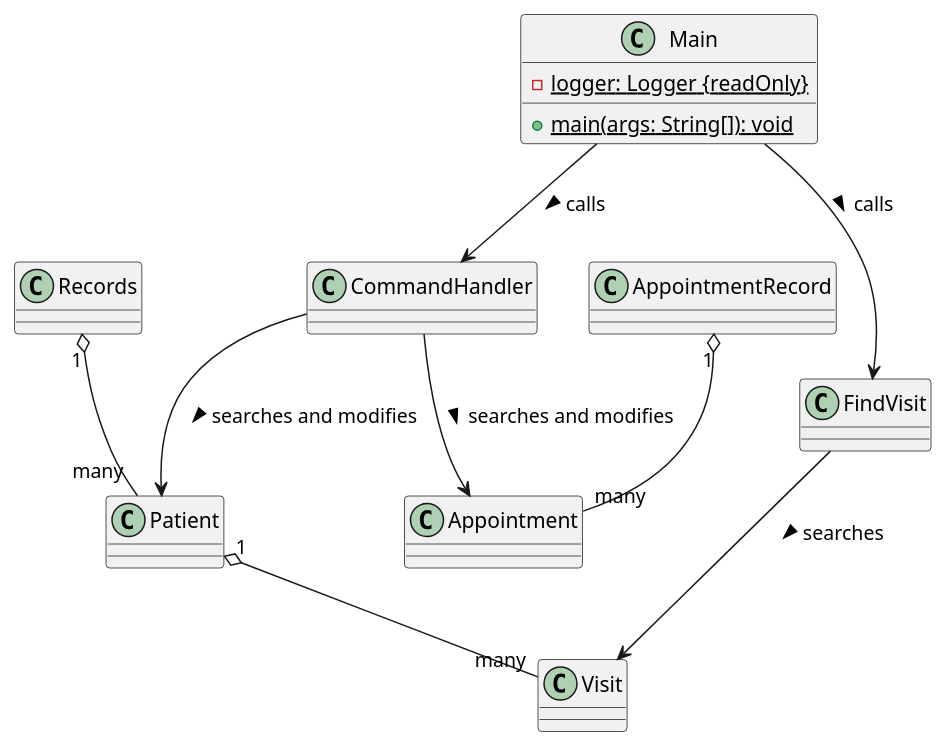
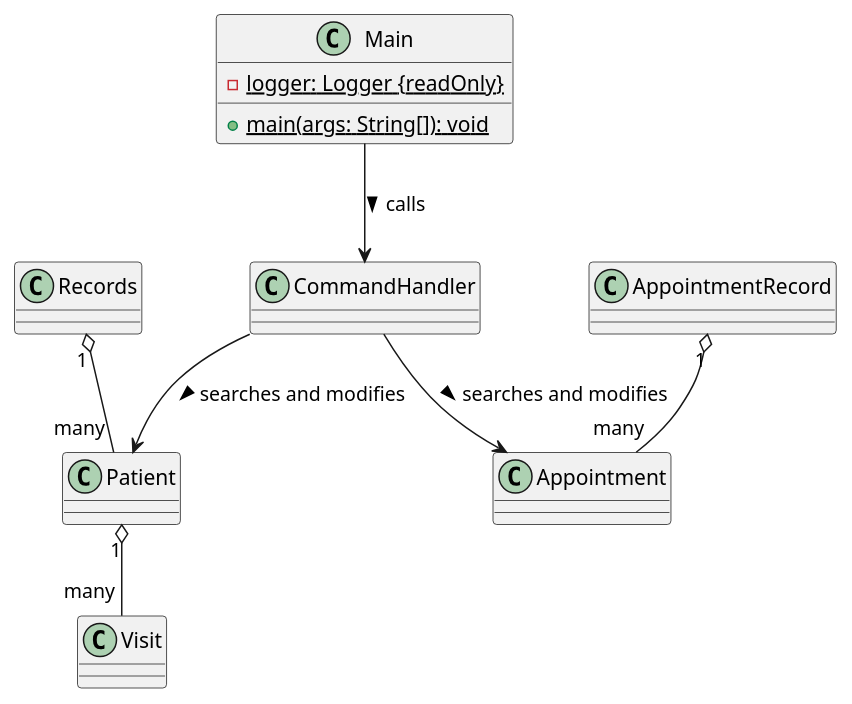
The diagram in docs/Main.puml (yentheng0110/tp), drawn with PlantUML before and after one commit. The commit also changed 14 other files, not shown here.

```diff
--- a/docs/Main.puml
+++ b/docs/Main.puml
@@ -1,25 +1,23 @@
 @startuml
 'https://plantuml.com/class-diagram
 
 class Main {
 -{static} logger: Logger {readOnly}
 +{static} main(args: String[]): void
 }
 
 class Patient {}
 class Visit {}
 class Main {}
 class Records {}
 class CommandHandler {}
 class AppointmentRecord {}
 
 
 CommandHandler --> Appointment : searches and modifies >
 AppointmentRecord "1" o-- "many" Appointment
 Main --> CommandHandler : calls >
-Main --> FindVisit : calls >
 CommandHandler --> Patient : searches and modifies >
-FindVisit --> Visit : searches >
 Records "1" o-- "many" Patient
 Patient "1" o-- "many" Visit
 @enduml
```
